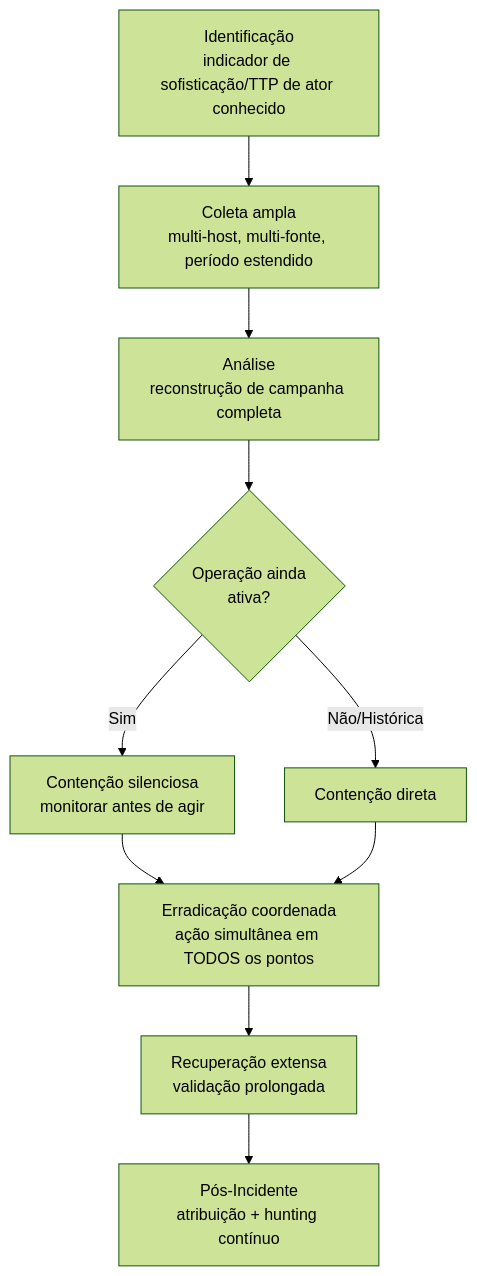
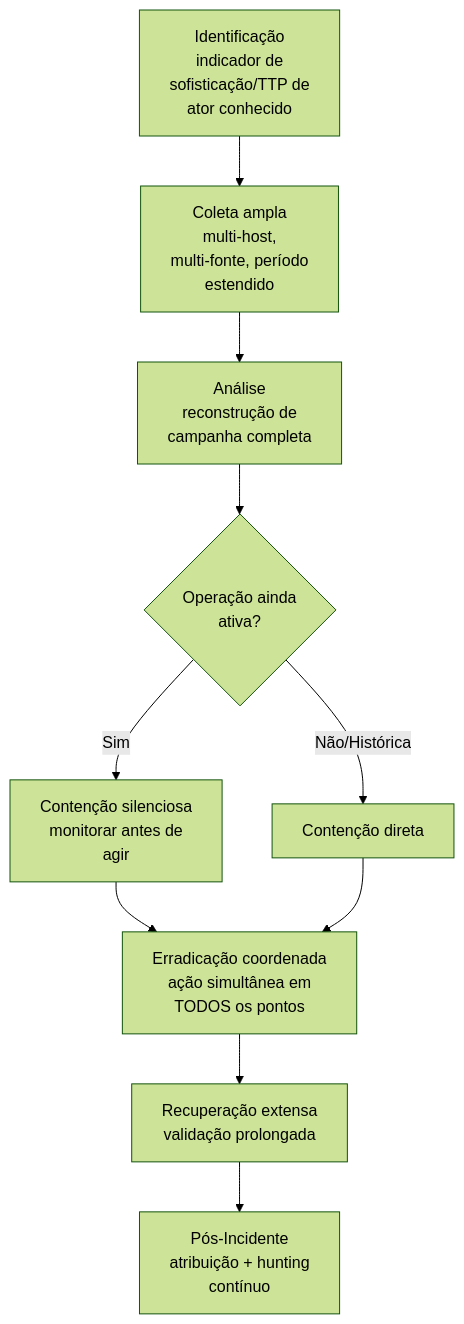
Before and after one commit to LuucasVerdun/Cyber-Attack-Analysis-Framework: the diagram in Attack-Categories/APT-Investigation/README.md, drawn with Mermaid (forest theme). The commit also changed 28 other files, not shown here.

````diff
--- a/Attack-Categories/APT-Investigation/README.md
+++ b/Attack-Categories/APT-Investigation/README.md
@@ -53,12 +53,12 @@
 ```mermaid
 flowchart TD
-    A[Identificação<br/>indicador de sofisticação/TTP de ator conhecido] --> B[Coleta ampla<br/>multi-host, multi-fonte, período estendido]
-    B --> C[Análise<br/>reconstrução de campanha completa]
+    A[Identificação<br/>indicador de<br/>sofisticação/TTP de<br/>ator conhecido] --> B[Coleta ampla<br/>multi-host,<br/>multi-fonte, período<br/>estendido]
+    B --> C[Análise<br/>reconstrução de<br/>campanha completa]
     C --> D{Operação ainda<br/>ativa?}
-    D -->|Sim| E[Contenção silenciosa<br/>monitorar antes de agir]
+    D -->|Sim| E[Contenção silenciosa<br/>monitorar antes de<br/>agir]
     D -->|Não/Histórica| F[Contenção direta]
-    E --> G[Erradicação coordenada<br/>ação simultânea em TODOS os pontos]
+    E --> G[Erradicação coordenada<br/>ação simultânea em<br/>TODOS os pontos]
     F --> G
     G --> H[Recuperação extensa<br/>validação prolongada]
-    H --> I[Pós-Incidente<br/>atribuição + hunting contínuo]
+    H --> I[Pós-Incidente<br/>atribuição + hunting<br/>contínuo]
 ```
````
